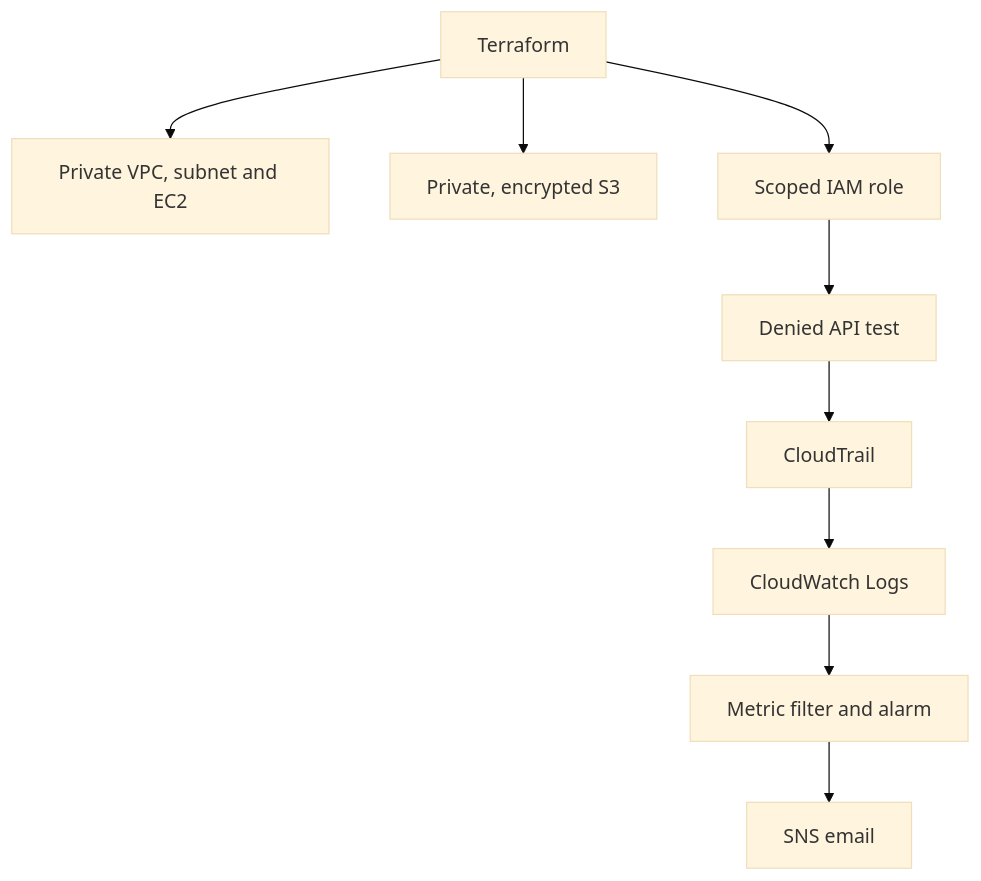
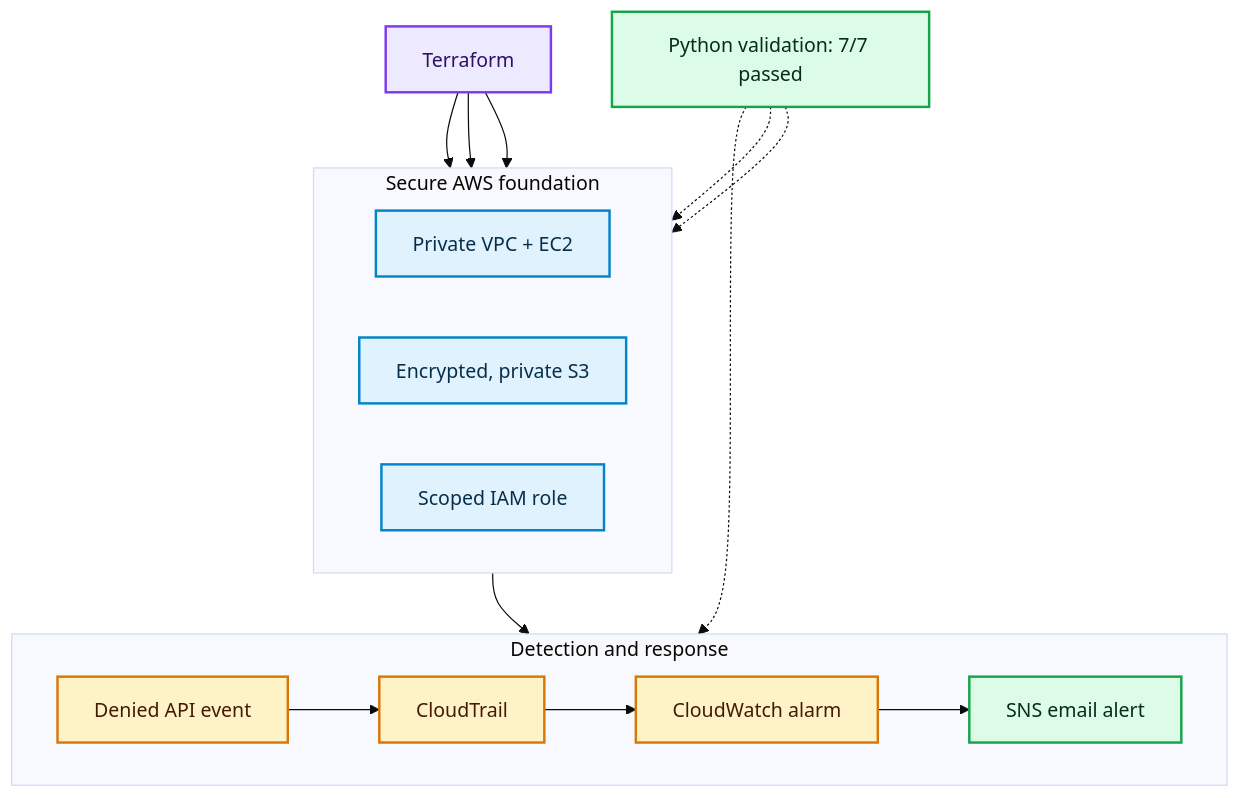
One commit to oe1600/cloud-infrastructure-security-monitoring changed the diagram in README.md. Above: the diagram before and after it, drawn with Mermaid (base theme).

Commit message:
Improve architecture diagram for portfolio overview

````diff
--- a/README.md
+++ b/README.md
@@ -7,11 +7,35 @@
 ```mermaid
-flowchart TD
-    TF["Terraform"] --> VPC["Private VPC, subnet and EC2"]
-    TF --> S3["Private, encrypted S3"]
-    TF --> IAM["Scoped IAM role"]
-    IAM --> TEST["Denied API test"]
-    TEST --> TRAIL["CloudTrail"]
-    TRAIL --> LOGS["CloudWatch Logs"]
-    LOGS --> ALARM["Metric filter and alarm"]
-    ALARM --> SNS["SNS email"]
+flowchart TB
+    TF["Terraform"]
+
+    subgraph FOUNDATION["Secure AWS foundation"]
+        direction LR
+        VPC["Private VPC + EC2"]
+        S3["Encrypted, private S3"]
+        IAM["Scoped IAM role"]
+    end
+
+    subgraph DETECTION["Detection and response"]
+        direction LR
+        TEST["Denied API event"] --> TRAIL["CloudTrail"]
+        TRAIL --> WATCH["CloudWatch alarm"]
+        WATCH --> SNS["SNS email alert"]
+    end
+
+    TF --> VPC
+    TF --> S3
+    TF --> IAM
+    IAM --> TEST
+    CHECK["Python validation: 7/7 passed"] -.-> VPC
+    CHECK -.-> S3
+    CHECK -.-> TRAIL
+
+    classDef source fill:#ede9fe,stroke:#7c3aed,color:#2e1065,stroke-width:2px
+    classDef secure fill:#e0f2fe,stroke:#0284c7,color:#082f49,stroke-width:2px
+    classDef monitor fill:#fef3c7,stroke:#d97706,color:#451a03,stroke-width:2px
+    classDef result fill:#dcfce7,stroke:#16a34a,color:#052e16,stroke-width:2px
+    class TF source
+    class VPC,S3,IAM secure
+    class TEST,TRAIL,WATCH monitor
+    class SNS,CHECK result
 ```
````
